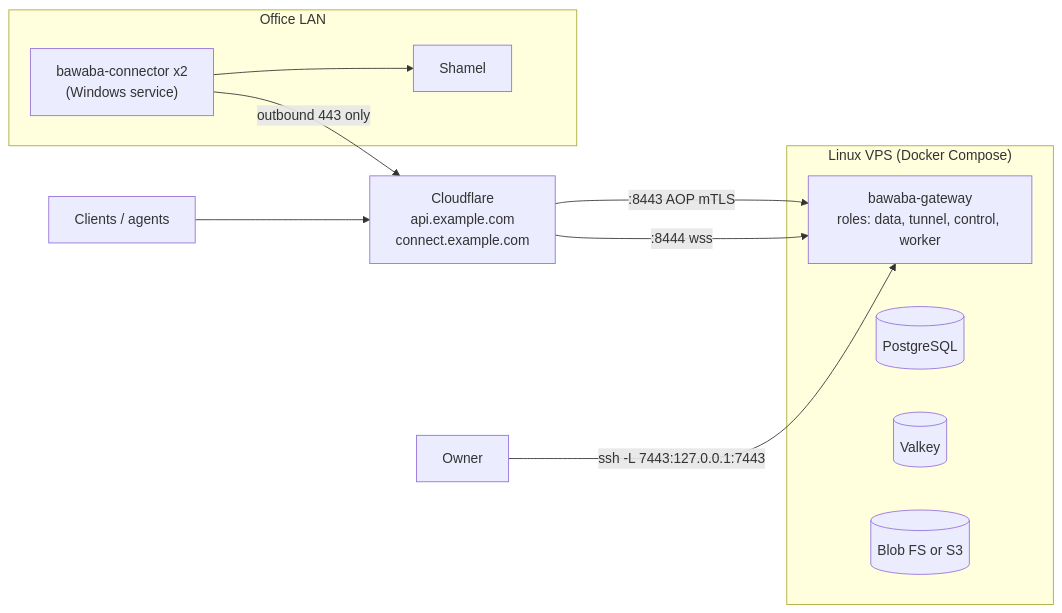
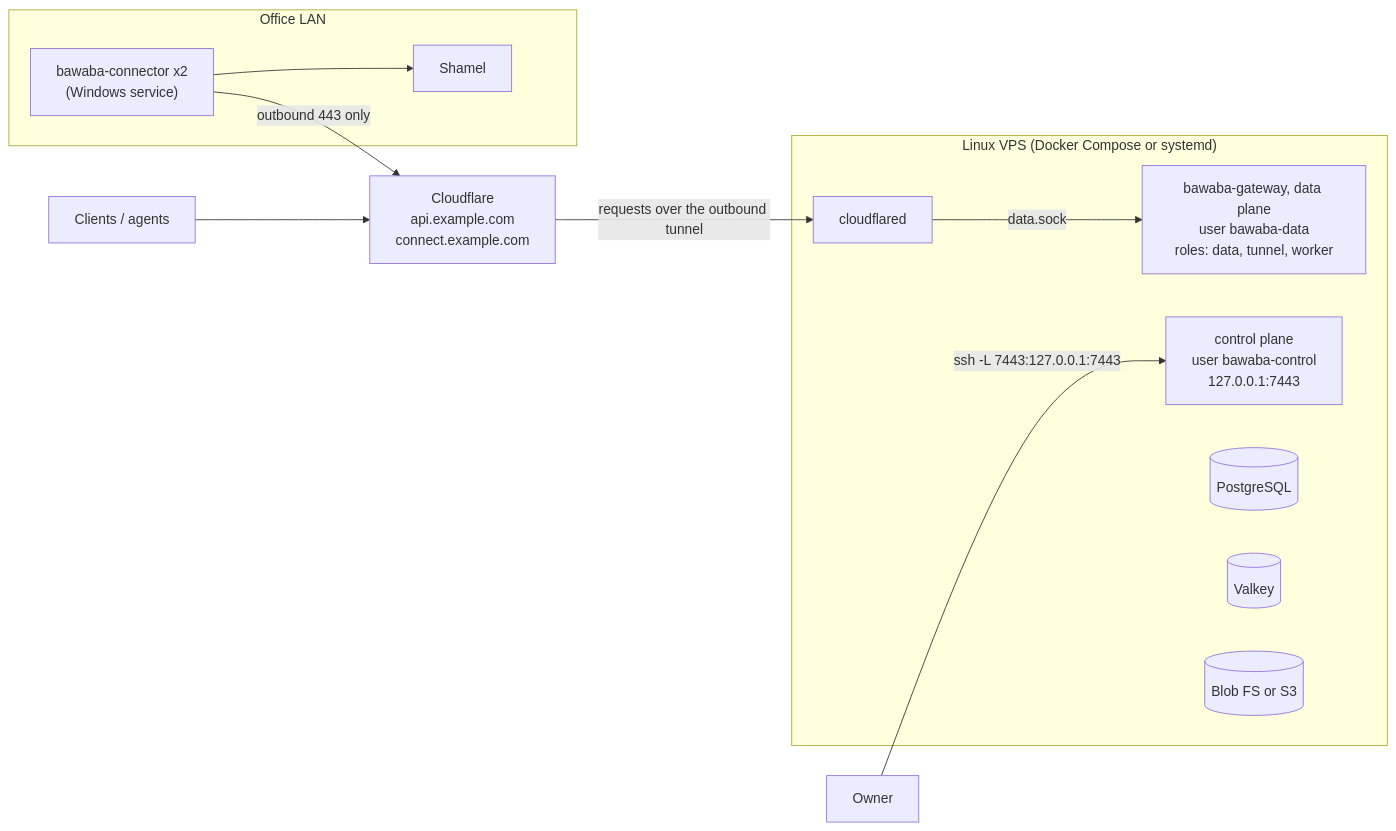
One commit to Web3Abbas/Shamel changed the second of 11 diagrams in docs/design/01-architecture.md. Above: the diagram before and after it, drawn with Mermaid. The commit also changed other lines of this file and 3 other files, not shown here.

First line of the commit message:
Continue applying review findings across architecture, security, permissions and operations (in progress)

````diff
--- a/docs/design/01-architecture.md
+++ b/docs/design/01-architecture.md
@@ -149,19 +165,21 @@
 ```mermaid
 flowchart LR
   c["Clients / agents"] --> cf["Cloudflare<br/>api.example.com<br/>connect.example.com"]
-  subgraph vps["Linux VPS (Docker Compose)"]
-    g["bawaba-gateway<br/>roles: data, tunnel, control, worker"]
+  subgraph vps["Linux VPS (Docker Compose or systemd)"]
+    cfd["cloudflared"]
+    g["bawaba-gateway, data plane<br/>user bawaba-data<br/>roles: data, tunnel, worker"]
+    cp["control plane<br/>user bawaba-control<br/>127.0.0.1:7443"]
     p[("PostgreSQL")]
     v[("Valkey")]
     b[("Blob FS or S3")]
   end
-  cf -->|":8443 AOP mTLS"| g
-  cf -->|":8444 wss"| g
+  cf -->|"requests over the outbound tunnel"| cfd
+  cfd -->|"data.sock"| g
   subgraph off["Office LAN"]
     k["bawaba-connector x2<br/>(Windows service)"]
     s["Shamel"]
   end
   k -->|"outbound 443 only"| cf
   k --> s
-  o["Owner"] -->|"ssh -L 7443:127.0.0.1:7443"| g
+  o["Owner"] -->|"ssh -L 7443:127.0.0.1:7443"| cp
 ```
````
